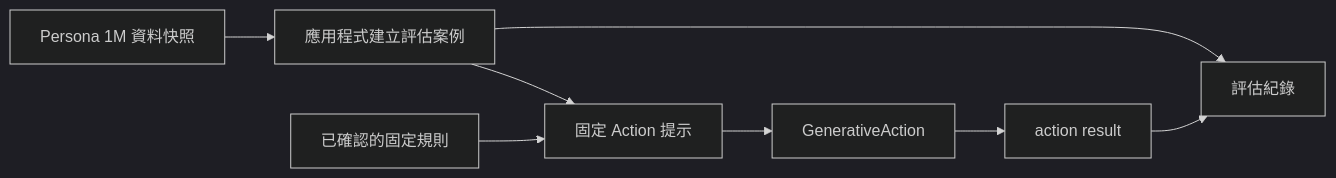
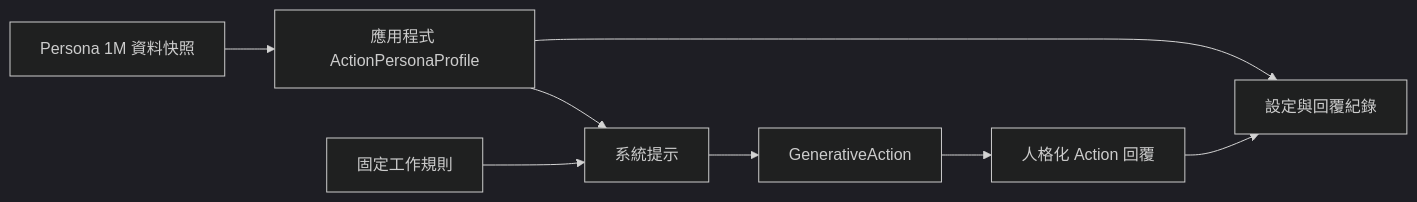
Before and after one commit to MarkovChenITRI/Agentic-SDK: the diagram in docs/blog/action-matraix.md, drawn with Mermaid (dark theme). The commit also changed other lines of this file and 1 other file, not shown here.

Commit message:
docs: position MatrAIx for persona-driven actions

````diff
--- a/docs/blog/action-matraix.md
+++ b/docs/blog/action-matraix.md
@@ -21,10 +23,10 @@
 ```mermaid
 flowchart LR
-    Dataset[Persona 1M 資料快照] --> Case[應用程式建立評估案例]
-    Policy[已確認的固定規則] --> Prompt[固定 Action 提示]
-    Case --> Prompt
+    Dataset[Persona 1M 資料快照] --> Profile[應用程式 ActionPersonaProfile]
+    Policy[固定工作規則] --> Prompt[系統提示]
+    Profile --> Prompt
     Prompt --> Action[GenerativeAction]
-    Action --> Result[action result]
-    Case --> Audit[評估紀錄]
-    Result --> Audit
+    Action --> Result[人格化 Action 回覆]
+    Profile --> Record[設定與回覆紀錄]
+    Result --> Record
 ```
````
